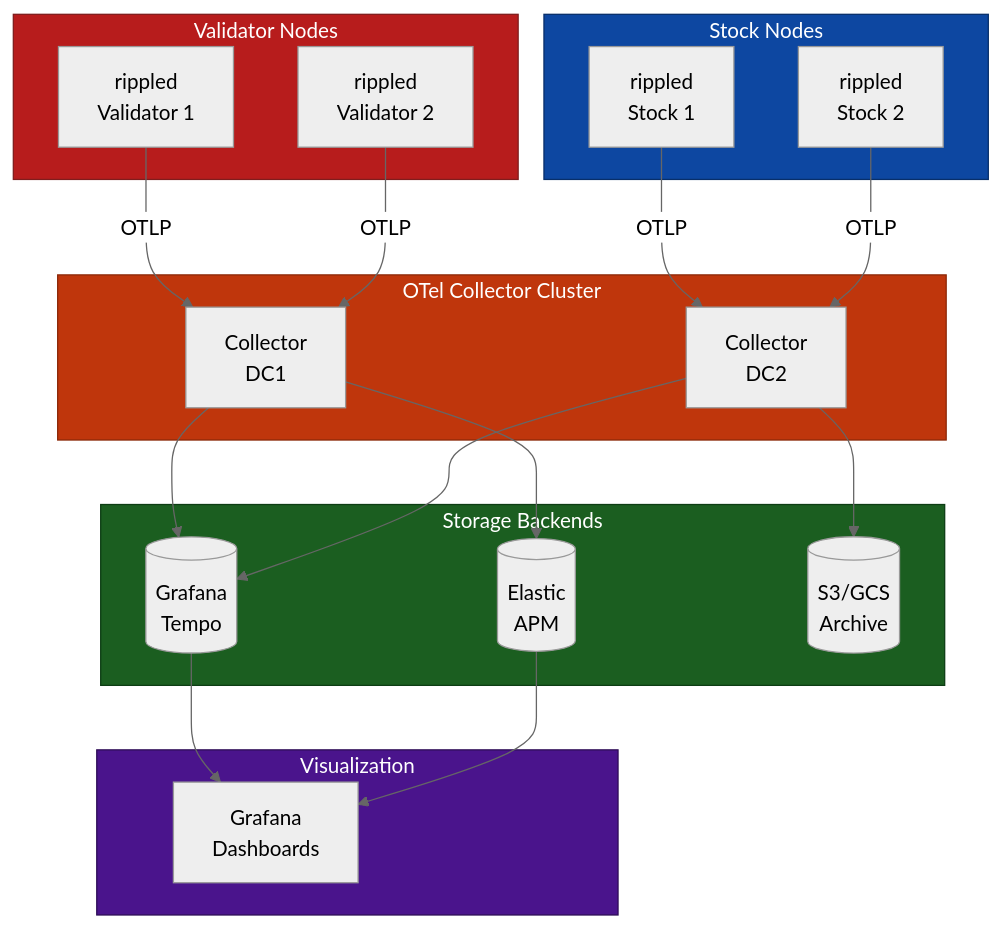
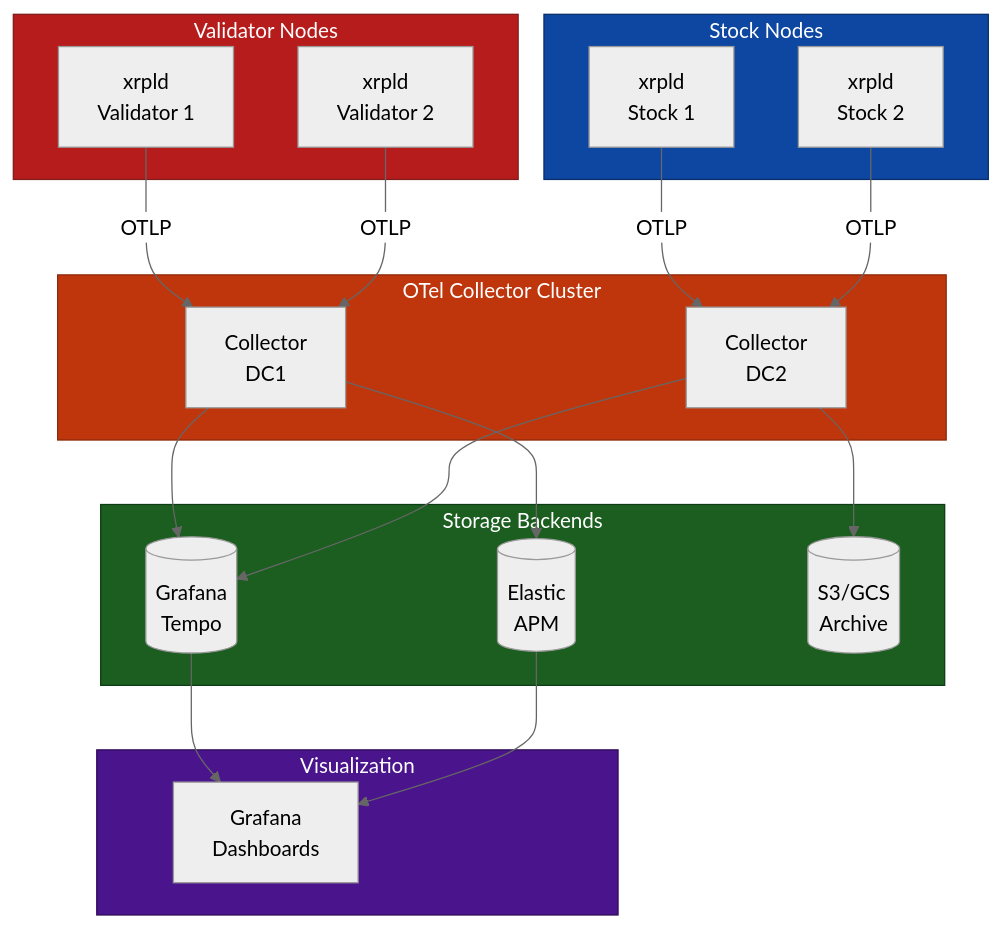
Before and after one commit to XRPLF/rippled: the second of 4 diagrams in OpenTelemetryPlan/07-observability-backends.md, drawn with Mermaid (neutral theme). The commit also changed other lines of this file and 10 other files, not shown here.

````diff
--- a/OpenTelemetryPlan/07-observability-backends.md
+++ b/OpenTelemetryPlan/07-observability-backends.md
@@ -92,48 +92,48 @@
 ```mermaid
 flowchart TB
     subgraph validators["Validator Nodes"]
-        v1[rippled<br/>Validator 1]
-        v2[rippled<br/>Validator 2]
+        v1[xrpld<br/>Validator 1]
+        v2[xrpld<br/>Validator 2]
     end
 
     subgraph stock["Stock Nodes"]
-        s1[rippled<br/>Stock 1]
-        s2[rippled<br/>Stock 2]
+        s1[xrpld<br/>Stock 1]
+        s2[xrpld<br/>Stock 2]
     end
 
     subgraph collector["OTel Collector Cluster"]
         c1[Collector<br/>DC1]
         c2[Collector<br/>DC2]
     end
 
     subgraph backends["Storage Backends"]
         tempo[(Grafana<br/>Tempo)]
         elastic[(Elastic<br/>APM)]
         archive[(S3/GCS<br/>Archive)]
     end
 
     subgraph ui["Visualization"]
         grafana[Grafana<br/>Dashboards]
     end
 
     v1 -->|OTLP| c1
     v2 -->|OTLP| c1
     s1 -->|OTLP| c2
     s2 -->|OTLP| c2
 
     c1 --> tempo
     c1 --> elastic
     c2 --> tempo
     c2 --> archive
 
     tempo --> grafana
     elastic --> grafana
 
     %% Note: simplified single-collector-per-DC topology shown for clarity
 
     style validators fill:#b71c1c,stroke:#7f1d1d,color:#ffffff
     style stock fill:#0d47a1,stroke:#082f6a,color:#ffffff
     style collector fill:#bf360c,stroke:#8c2809,color:#ffffff
     style backends fill:#1b5e20,stroke:#0d3d14,color:#ffffff
     style ui fill:#4a148c,stroke:#2e0d57,color:#ffffff
 ```
````
